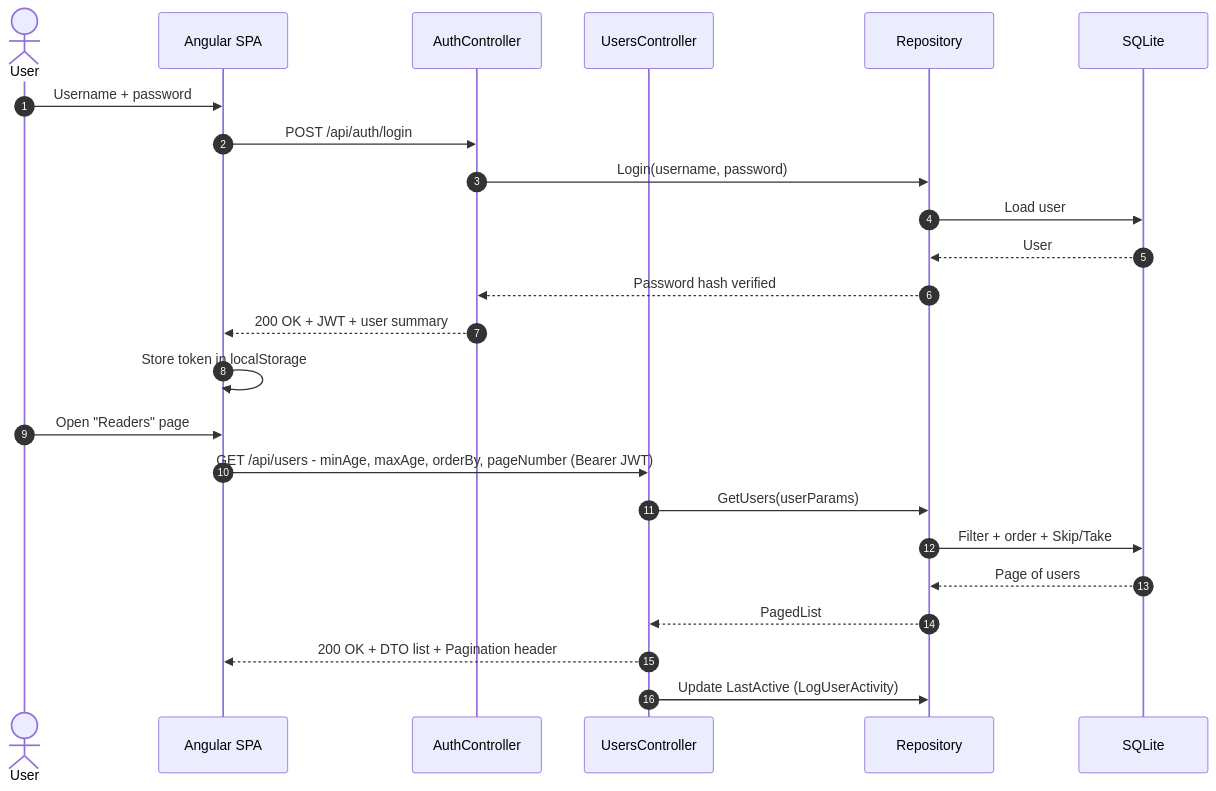
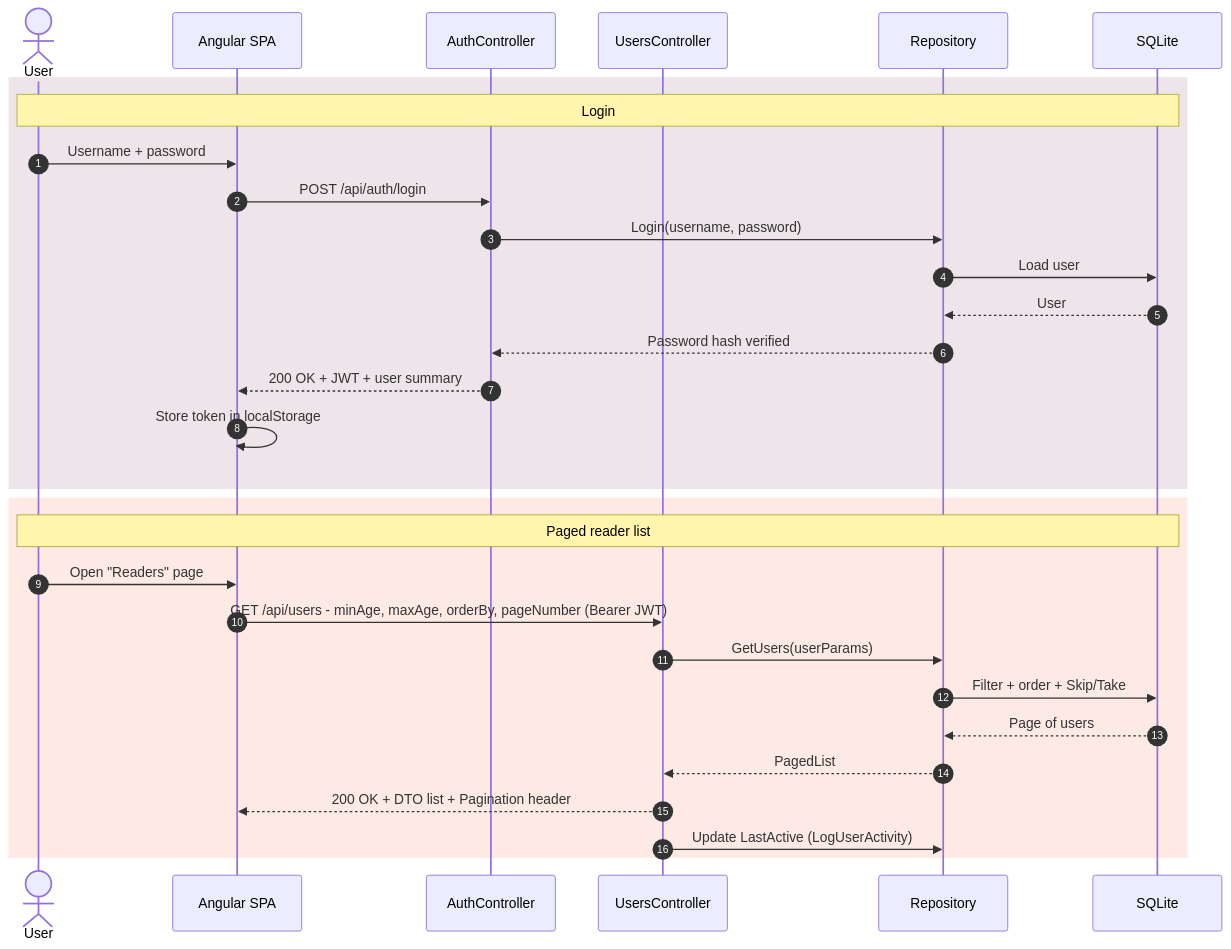
One commit to NisanurBulut/KimOkurAPP changed the fourth of 6 diagrams in README.md. Above: the diagram before and after it, drawn with Mermaid. The commit also changed other lines of this file, not shown here.

````diff
--- a/README.md
+++ b/README.md
@@ -237,28 +331,34 @@
 ```mermaid
 sequenceDiagram
     autonumber
     actor U as User
     participant SPA as Angular SPA
     participant AUTH as AuthController
     participant USR as UsersController
     participant REPO as Repository
     participant DB as SQLite
 
+    rect rgba(119, 41, 83, 0.12)
+    Note over U,DB: Login
     U->>SPA: Username + password
     SPA->>AUTH: POST /api/auth/login
     AUTH->>REPO: Login(username, password)
     REPO->>DB: Load user
     DB-->>REPO: User
     REPO-->>AUTH: Password hash verified
     AUTH-->>SPA: 200 OK + JWT + user summary
     SPA->>SPA: Store token in localStorage
+    end
 
+    rect rgba(233, 84, 32, 0.12)
+    Note over U,DB: Paged reader list
     U->>SPA: Open "Readers" page
     SPA->>USR: GET /api/users - minAge, maxAge, orderBy, pageNumber (Bearer JWT)
     USR->>REPO: GetUsers(userParams)
     REPO->>DB: Filter + order + Skip/Take
     DB-->>REPO: Page of users
     REPO-->>USR: PagedList
     USR-->>SPA: 200 OK + DTO list + Pagination header
     USR->>REPO: Update LastActive (LogUserActivity)
+    end
 ```
````
